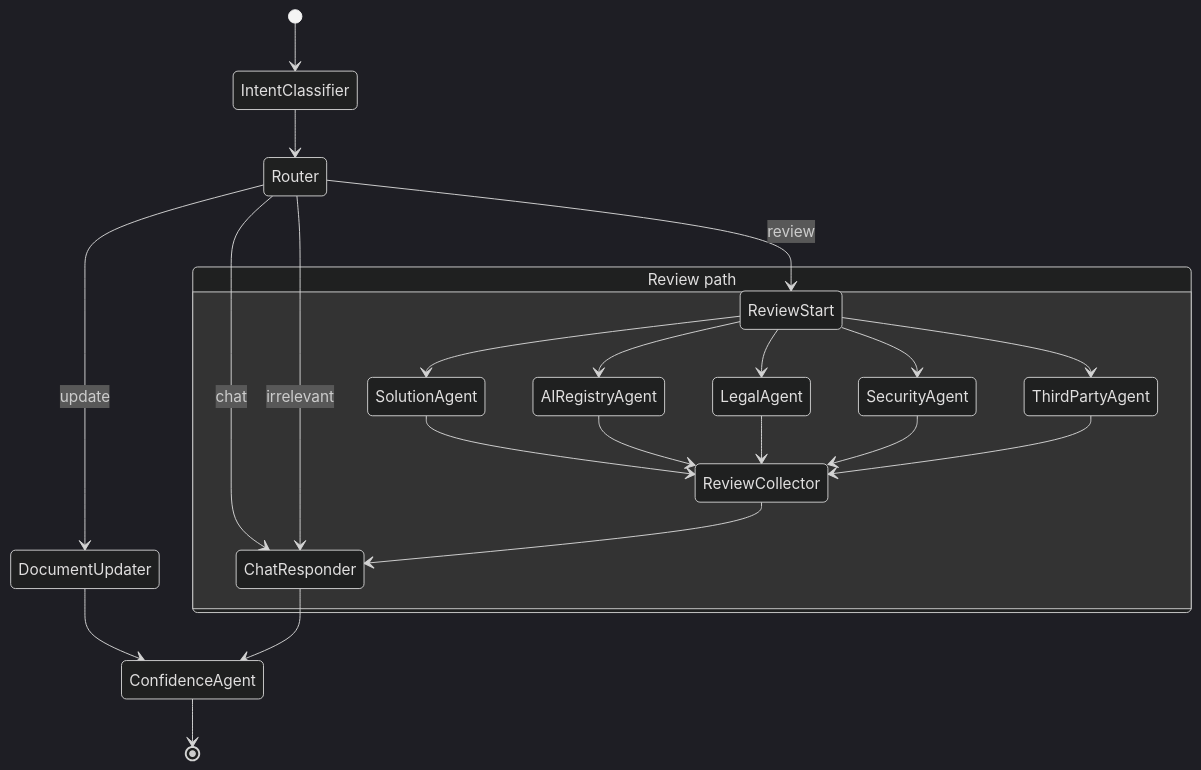
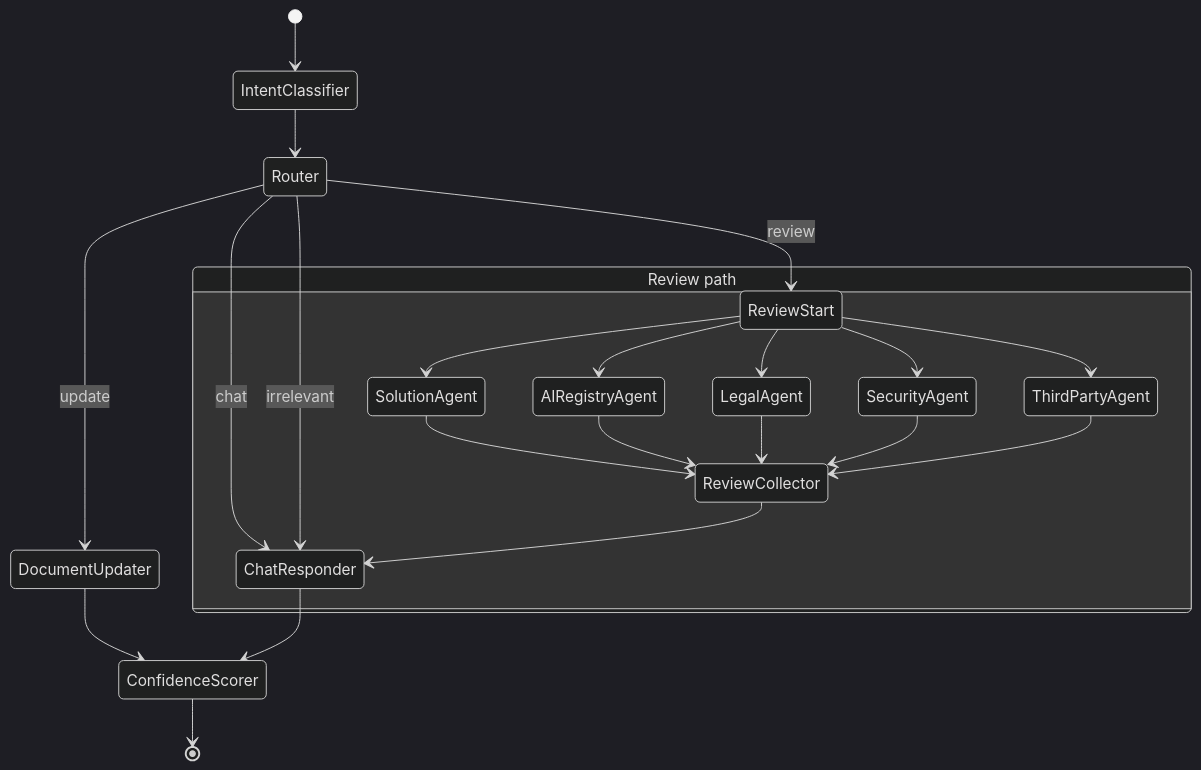
Before and after one commit to Harsha-Reddy21/multi-agent-idea-generator: the second of 6 diagrams in mermaid.md, drawn with Mermaid (dark theme). The commit also changed other lines of this file, not shown here.

Commit message:
Multi agent

````diff
--- a/mermaid.md
+++ b/mermaid.md
@@ -59,29 +59,29 @@
 ```mermaid
 stateDiagram-v2
     [*] --> IntentClassifier
     
     IntentClassifier --> Router
     
     Router --> ReviewStart: review
     Router --> DocumentUpdater: update
     Router --> ChatResponder: chat
     Router --> ChatResponder: irrelevant
     
     state "Review path" as review {
         ReviewStart --> SolutionAgent
         ReviewStart --> AIRegistryAgent
         ReviewStart --> LegalAgent
         ReviewStart --> SecurityAgent
         ReviewStart --> ThirdPartyAgent
         SolutionAgent --> ReviewCollector
         AIRegistryAgent --> ReviewCollector
         LegalAgent --> ReviewCollector
         SecurityAgent --> ReviewCollector
         ThirdPartyAgent --> ReviewCollector
         ReviewCollector --> ChatResponder
     }
     
-    DocumentUpdater --> ConfidenceAgent
-    ChatResponder --> ConfidenceAgent
-    ConfidenceAgent --> [*]
+    DocumentUpdater --> ConfidenceScorer
+    ChatResponder --> ConfidenceScorer
+    ConfidenceScorer --> [*]
 ```
````
